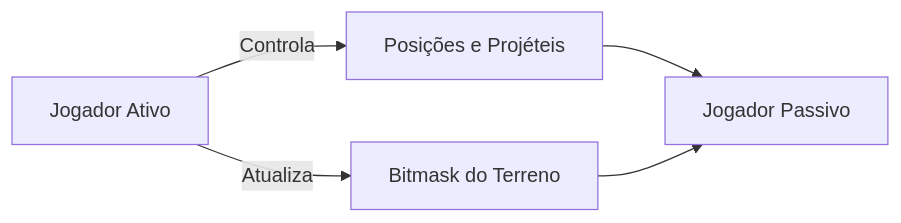
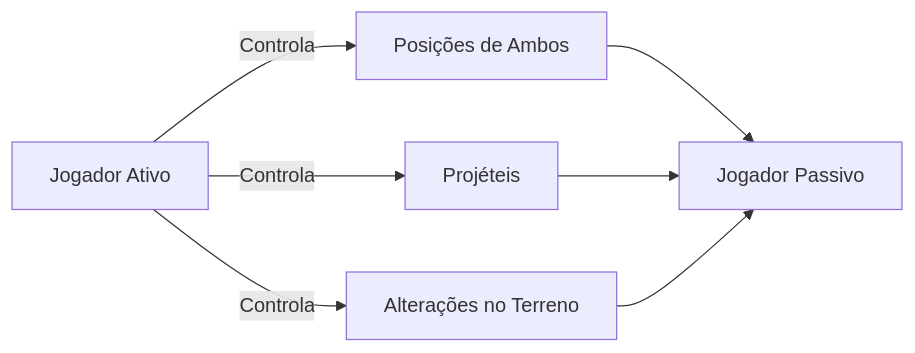
Before and after one commit to zRafaF/tankinho: the second of 2 diagrams in README.md, drawn with Mermaid. The commit also changed other lines of this file, not shown here.

````diff
--- a/README.md
+++ b/README.md
@@ -161,7 +204,9 @@
 ```mermaid
 graph LR
-    A[Jogador Ativo] -->|Controla| B[Posições e Projéteis]
-    A -->|Atualiza| C[Bitmask do Terreno]
-    B --> D[Jogador Passivo]
-    C --> D
+    A[Jogador Ativo] -->|Controla| B[Posições de Ambos]
+    A -->|Controla| C[Projéteis]
+    A -->|Controla| D[Alterações no Terreno]
+    B --> E[Jogador Passivo]
+    C --> E
+    D --> E
 ```
````
